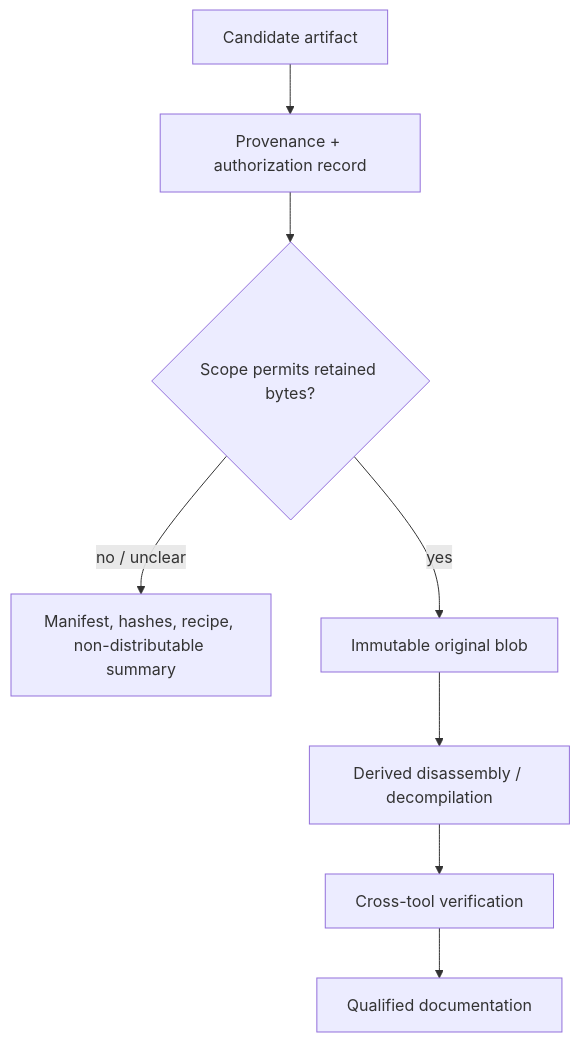
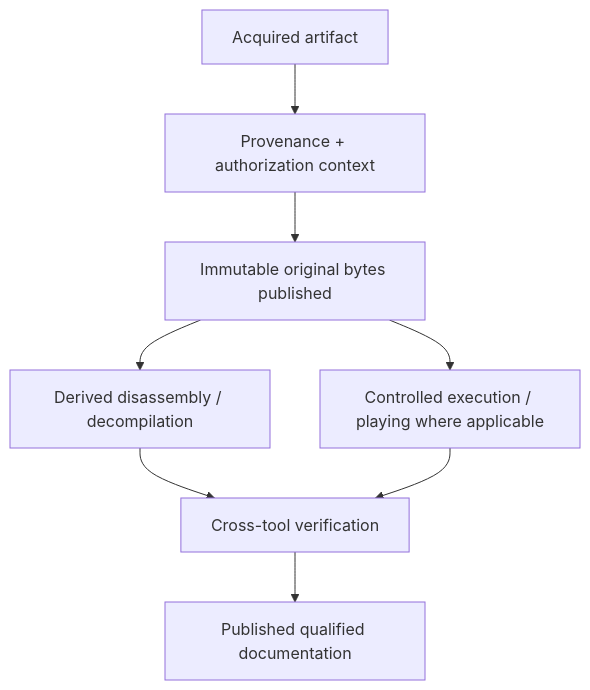
The diagram in docs/reverse_engineering/AUTHORIZATION_AND_HANDLING.md (boolforge/DAAD-harvester), drawn with Mermaid before and after one commit. The commit also changed other lines of this file and 4 other files, not shown here.

````diff
--- a/docs/reverse_engineering/AUTHORIZATION_AND_HANDLING.md
+++ b/docs/reverse_engineering/AUTHORIZATION_AND_HANDLING.md
@@ -24,10 +26,10 @@
 ```mermaid
 flowchart TD
-  A[Candidate artifact] --> P[Provenance + authorization record]
-  P --> G{Scope permits retained bytes?}
-  G -- no / unclear --> M[Manifest, hashes, recipe, non-distributable summary]
-  G -- yes --> O[Immutable original blob]
+  A[Acquired artifact] --> P[Provenance + authorization context]
+  P --> O[Immutable original bytes published]
   O --> D[Derived disassembly / decompilation]
+  O --> E[Controlled execution / playing where applicable]
   D --> V[Cross-tool verification]
-  V --> R[Qualified documentation]
+  E --> V
+  V --> R[Published qualified documentation]
 ```
````
